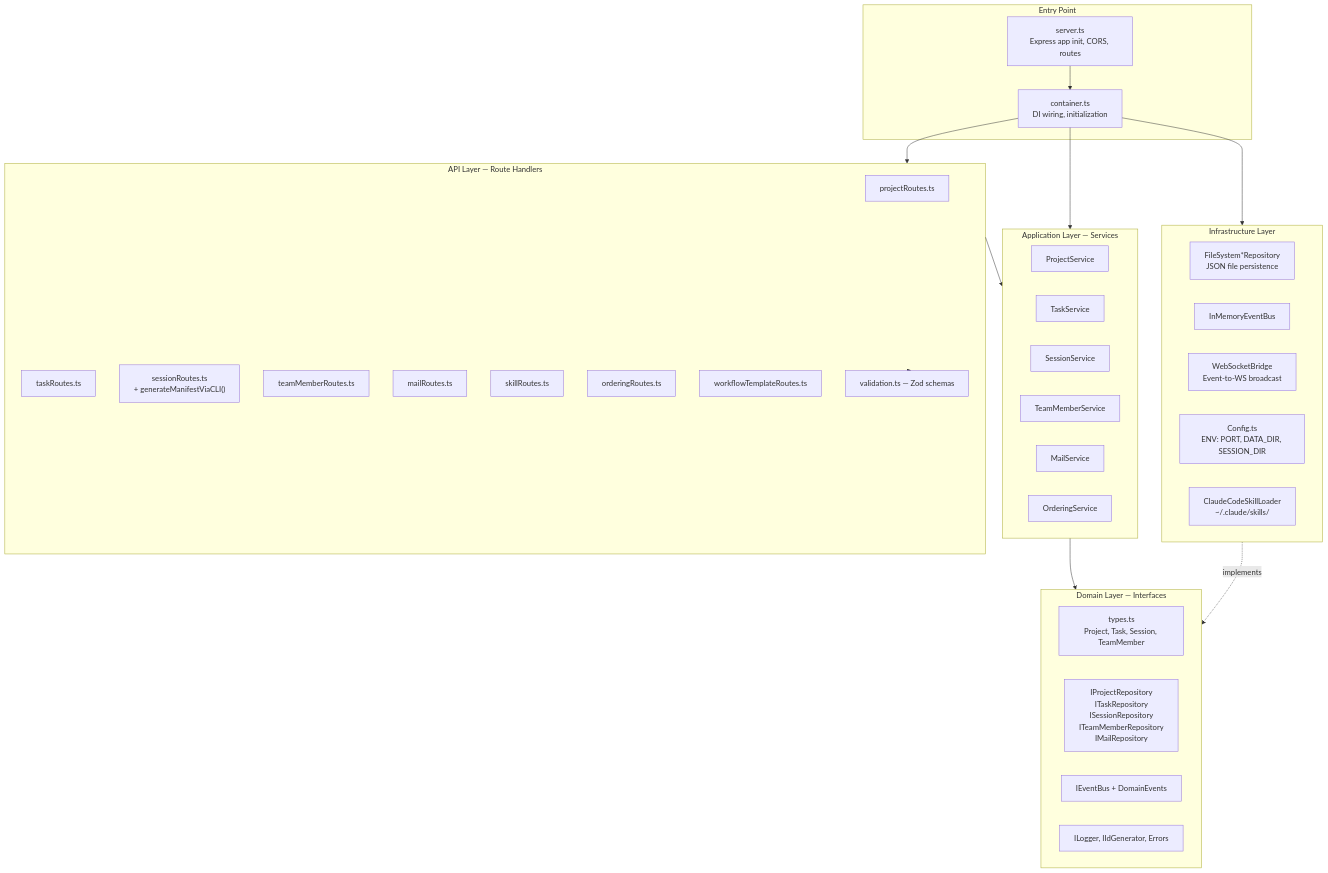
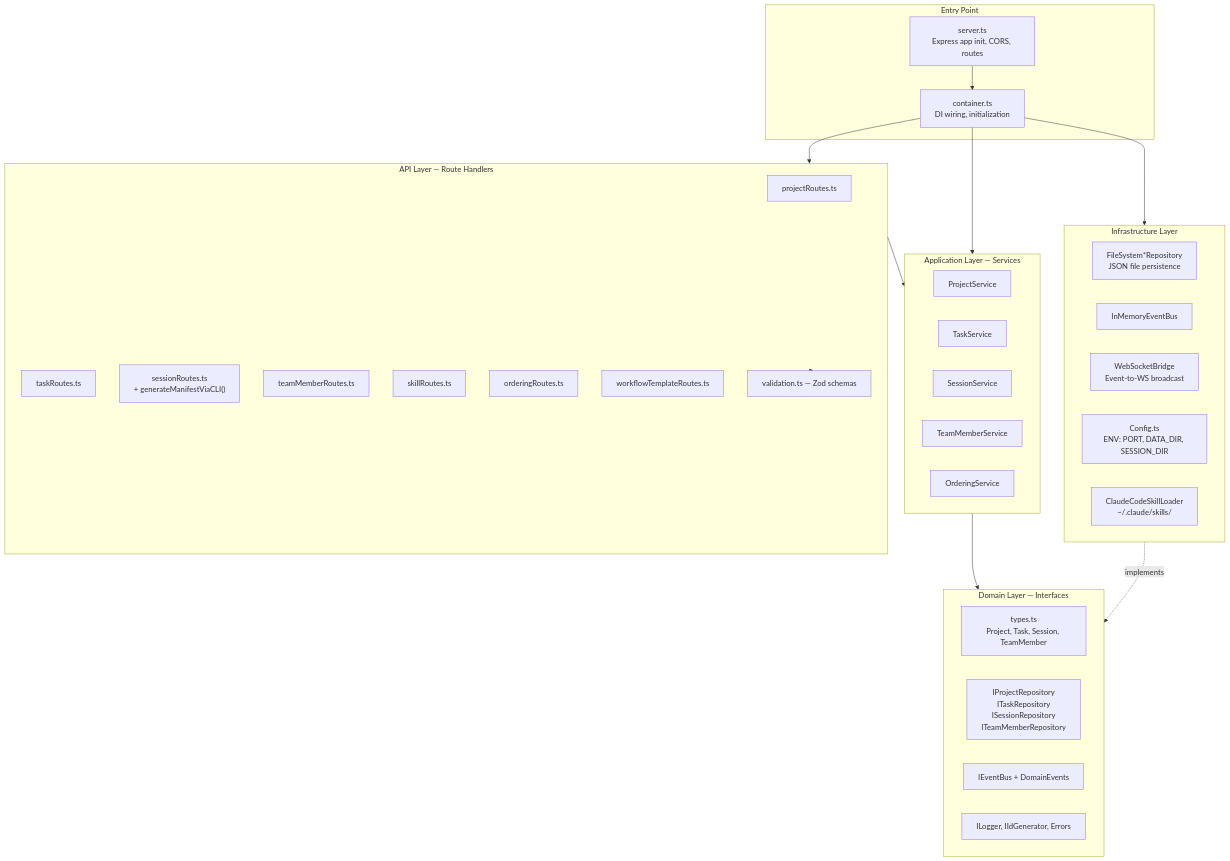
Before and after one commit to raghavared/agent-maestro: the second of 6 diagrams in docs/maestro-backend-architecture.md, drawn with Mermaid. The commit also changed other lines of this file and 100 other files, not shown here.

````diff
--- a/docs/maestro-backend-architecture.md
+++ b/docs/maestro-backend-architecture.md
@@ -47,52 +47,50 @@
 ```mermaid
 graph TB
     subgraph Entry["Entry Point"]
         ServerTS["server.ts<br/>Express app init, CORS, routes"]
         ContainerTS["container.ts<br/>DI wiring, initialization"]
     end
 
     subgraph API["API Layer — Route Handlers"]
         PR["projectRoutes.ts"]
         TR["taskRoutes.ts"]
         SR["sessionRoutes.ts<br/>+ generateManifestViaCLI()"]
         TMR["teamMemberRoutes.ts"]
-        MR["mailRoutes.ts"]
         SkR["skillRoutes.ts"]
         OR["orderingRoutes.ts"]
         WTR["workflowTemplateRoutes.ts"]
         Val["validation.ts — Zod schemas"]
     end
 
     subgraph App["Application Layer — Services"]
         PS["ProjectService"]
         TS["TaskService"]
         SS["SessionService"]
         TMS["TeamMemberService"]
-        MS["MailService"]
         OS["OrderingService"]
     end
 
     subgraph Domain["Domain Layer — Interfaces"]
         TypesTS["types.ts<br/>Project, Task, Session, TeamMember"]
-        IRepos["IProjectRepository<br/>ITaskRepository<br/>ISessionRepository<br/>ITeamMemberRepository<br/>IMailRepository"]
+        IRepos["IProjectRepository<br/>ITaskRepository<br/>ISessionRepository<br/>ITeamMemberRepository"]
         IEvents["IEventBus + DomainEvents"]
         ICommon["ILogger, IIdGenerator, Errors"]
     end
 
     subgraph Infra["Infrastructure Layer"]
         FSRepos["FileSystem*Repository<br/>JSON file persistence"]
         EvBus["InMemoryEventBus"]
         WSB["WebSocketBridge<br/>Event-to-WS broadcast"]
         Config["Config.ts<br/>ENV: PORT, DATA_DIR, SESSION_DIR"]
         SkillLoad["ClaudeCodeSkillLoader<br/>~/.claude/skills/"]
     end
 
     ServerTS --> ContainerTS
     ContainerTS --> API
     ContainerTS --> App
     ContainerTS --> Infra
     API --> Val
     API --> App
     App --> Domain
     Infra -.->|implements| Domain
 ```
````
